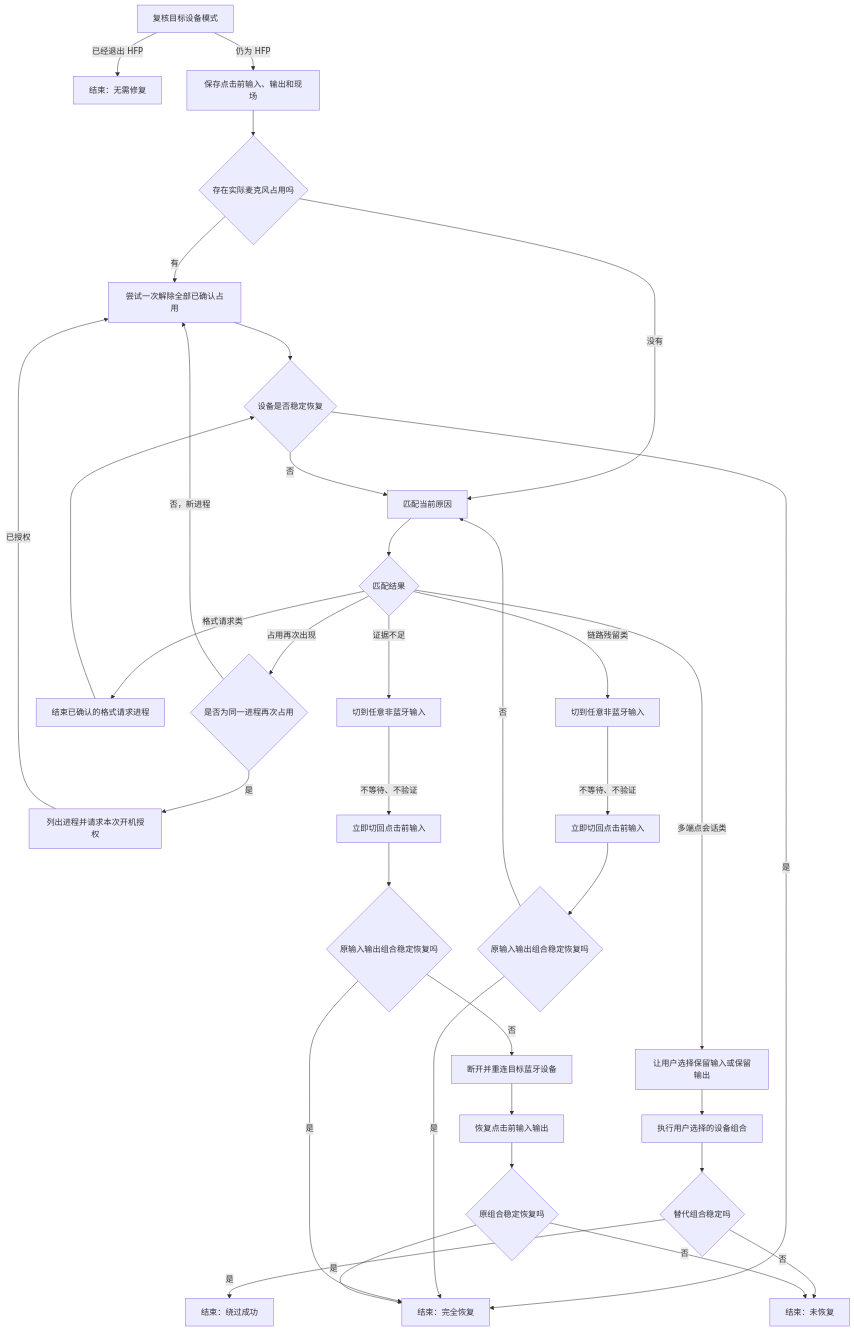
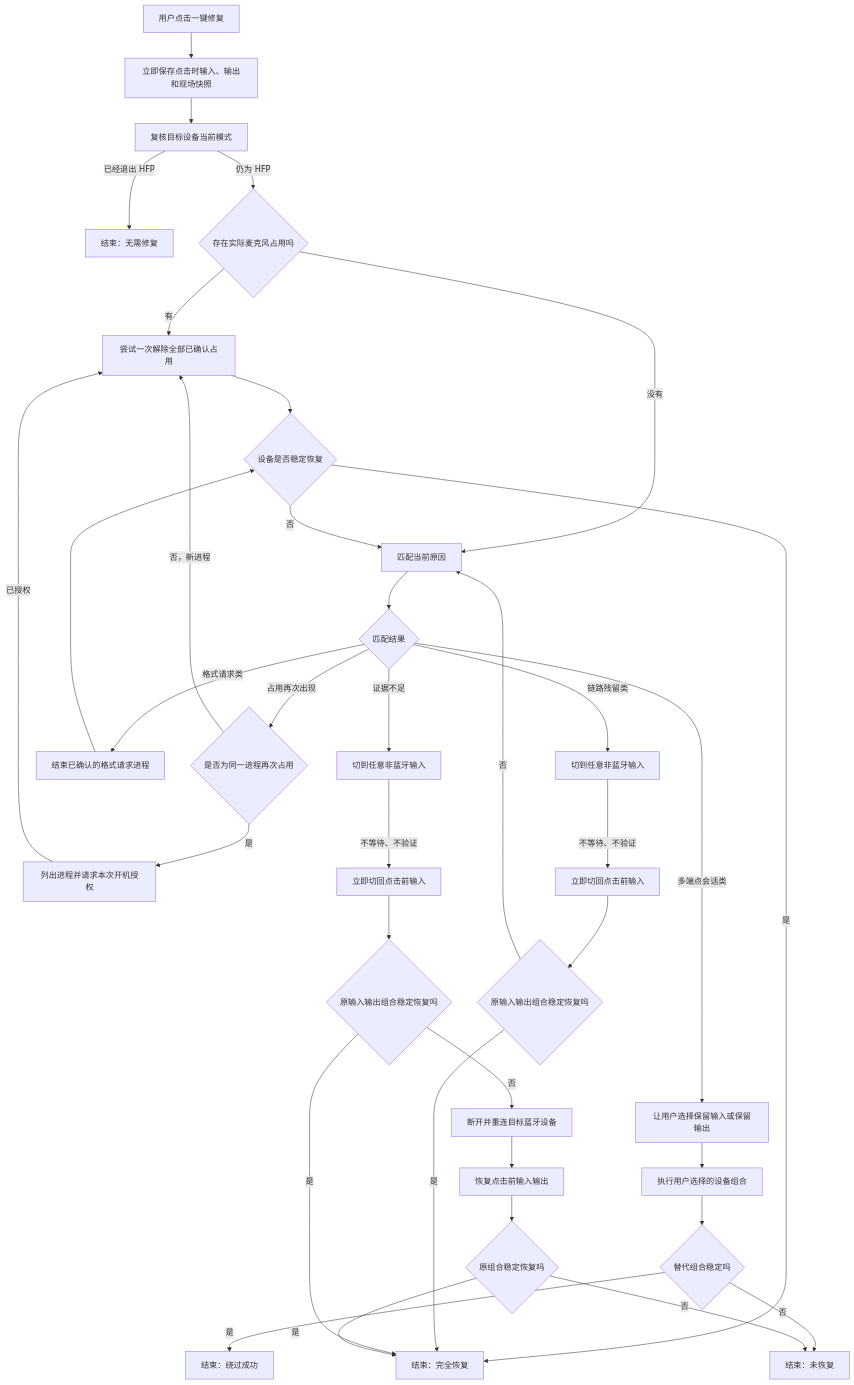
The diagram in reference/SPEC/HFP模式一键修复方案.md (andy-JustSayWhen/fix-Bluetooth-earphone-audio-problem), drawn with Mermaid before and after one commit. The commit also changed other lines of this file, not shown here.

Commit message:
docs: snapshot recovery context before mode recheck

````diff
--- a/reference/SPEC/HFP模式一键修复方案.md
+++ b/reference/SPEC/HFP模式一键修复方案.md
@@ -32,45 +33,46 @@
 ```mermaid
 flowchart TD
-    A[复核目标设备模式] -->|已经退出 HFP| A1[结束：无需修复]
-    A -->|仍为 HFP| B[保存点击前输入、输出和现场]
-    B --> C{存在实际麦克风占用吗}
+    A[用户点击一键修复] --> B[立即保存点击时输入、输出和现场快照]
+    B --> C[复核目标设备当前模式]
+    C -->|已经退出 HFP| A1[结束：无需修复]
+    C -->|仍为 HFP| C1{存在实际麦克风占用吗}
 
-    C -->|有| D[尝试一次解除全部已确认占用]
-    C -->|没有| H[匹配当前原因]
+    C1 -->|有| D[尝试一次解除全部已确认占用]
+    C1 -->|没有| H[匹配当前原因]
 
     D --> E{设备是否稳定恢复}
     E -->|是| Z[结束：完全恢复]
     E -->|否| H
 
     H --> H1{匹配结果}
 
     H1 -->|占用再次出现| I{是否为同一进程再次占用}
     I -->|是| J[列出进程并请求本次开机授权]
     J -->|已授权| D
     I -->|否，新进程| D
 
     H1 -->|多端点会话类| K[让用户选择保留输入或保留输出]
     K --> L[执行用户选择的设备组合]
     L --> M{替代组合稳定吗}
     M -->|是| Z3[结束：绕过成功]
     M -->|否| Z4[结束：未恢复]
 
     H1 -->|格式请求类| N[结束已确认的格式请求进程]
     N --> E
 
     H1 -->|链路残留类| O[切到任意非蓝牙输入]
     O -->|不等待、不验证| P[立即切回点击前输入]
     P --> Q{原输入输出组合稳定恢复吗}
     Q -->|是| Z
     Q -->|否| H
 
     H1 -->|证据不足| R[切到任意非蓝牙输入]
     R -->|不等待、不验证| S[立即切回点击前输入]
     S --> T{原输入输出组合稳定恢复吗}
     T -->|是| Z
     T -->|否| U[断开并重连目标蓝牙设备]
     U --> V[恢复点击前输入输出]
     V --> W{原组合稳定恢复吗}
     W -->|是| Z
     W -->|否| Z4
 ```
````
